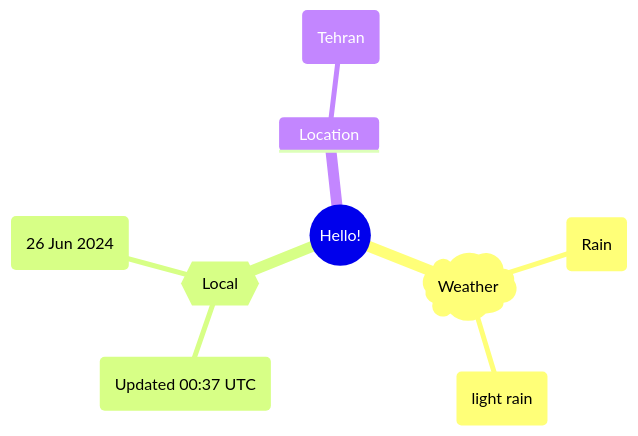
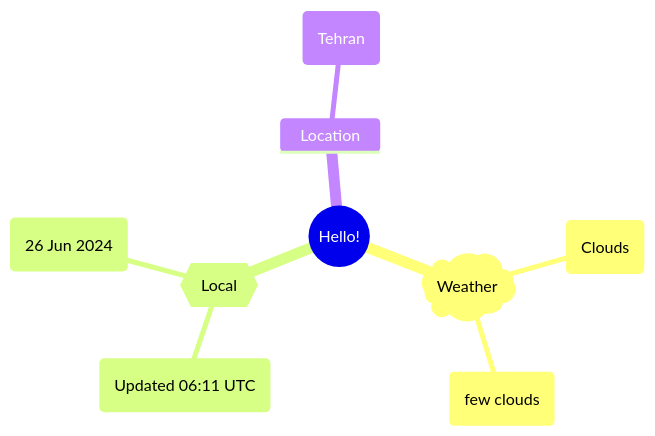
Before and after one commit to Xosrov/Xosrov: the first of 2 diagrams in README.md, drawn with Mermaid.

Commit message:
[bot] updated images

````diff
--- a/README.md
+++ b/README.md
@@ -3,12 +3,12 @@
 ```mermaid
 mindmap
   root((Hello!))
     )Weather(
-        (Rain)
-        (light rain)
+        (Clouds)
+        (few clouds)
     {{Local}}
-        (Updated 00:37 UTC)
+        (Updated 06:11 UTC)
         (26 Jun 2024)
     Location
         (Tehran)
 ```
````
